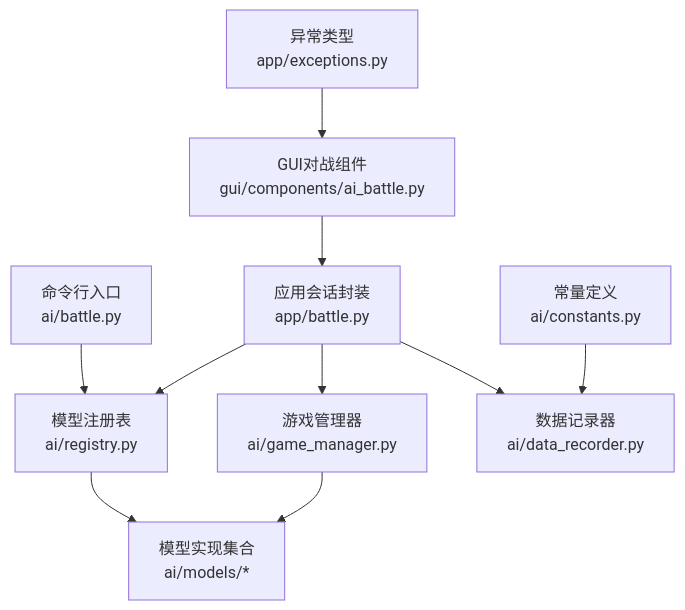
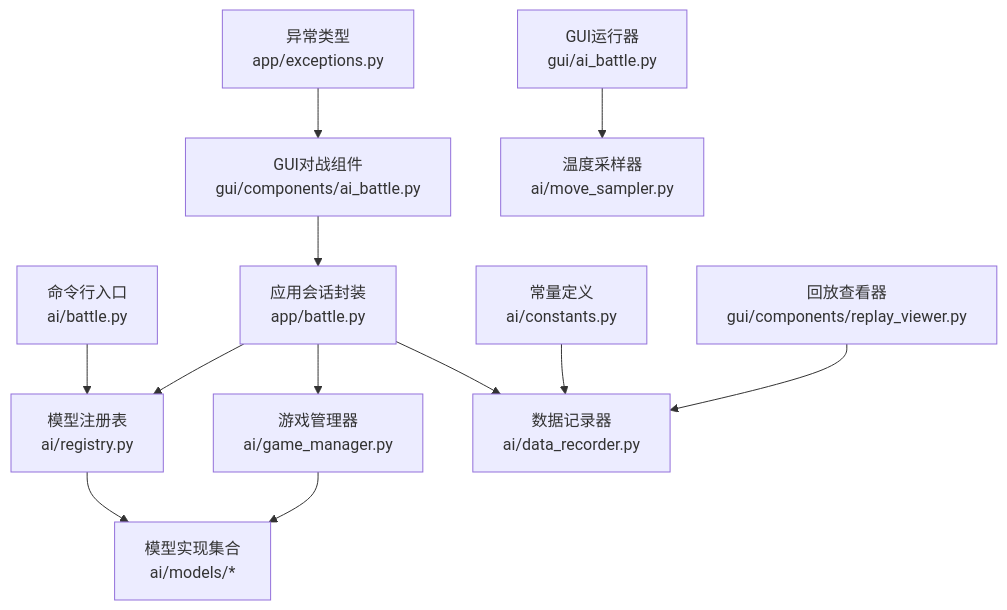
Before and after one commit to nanhao/gomoku: the first of 9 diagrams in .qoder/repowiki/zh/content/用户指南/AI对战/AI对战.md, drawn with Mermaid. The commit also changed other lines of this file and 11 other files, not shown here.

````diff
--- a/.qoder/repowiki/zh/content/用户指南/AI对战/AI对战.md
+++ b/.qoder/repowiki/zh/content/用户指南/AI对战/AI对战.md
@@ -53,12 +71,14 @@
 ```mermaid
 graph TB
 CLI["命令行入口<br/>ai/battle.py"] --> REG["模型注册表<br/>ai/registry.py"]
 GUI["GUI对战组件<br/>gui/components/ai_battle.py"] --> APP["应用会话封装<br/>app/battle.py"]
+GUI_RUN["GUI运行器<br/>gui/ai_battle.py"] --> MS["温度采样器<br/>ai/move_sampler.py"]
 APP --> REG
 APP --> GM["游戏管理器<br/>ai/game_manager.py"]
 APP --> DR["数据记录器<br/>ai/data_recorder.py"]
 GM --> MODELS["模型实现集合<br/>ai/models/*"]
 REG --> MODELS
 CONST["常量定义<br/>ai/constants.py"] --> DR
 EXC["异常类型<br/>app/exceptions.py"] --> GUI
+REPLAY["回放查看器<br/>gui/components/replay_viewer.py"] --> DR
 ```
````
